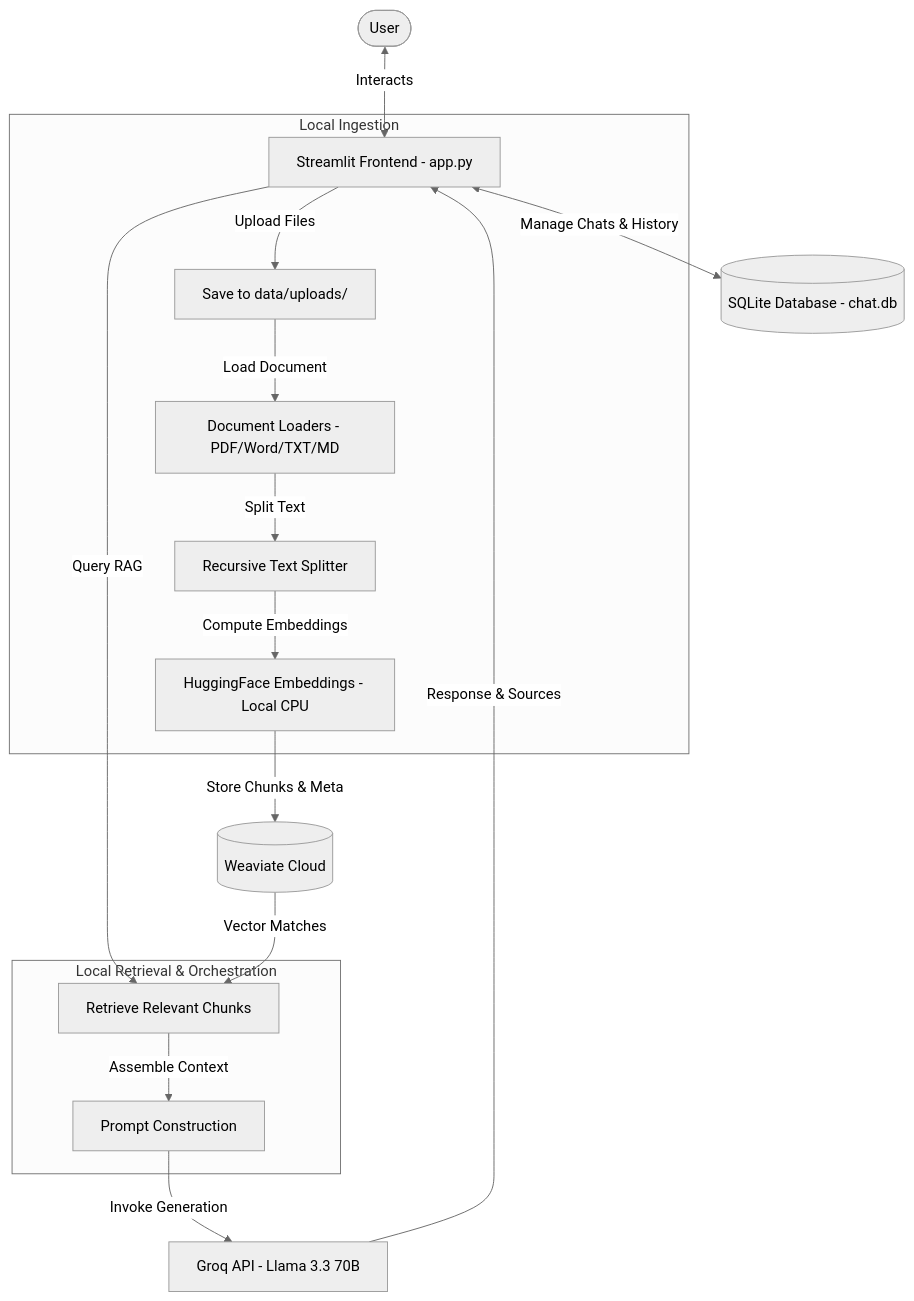
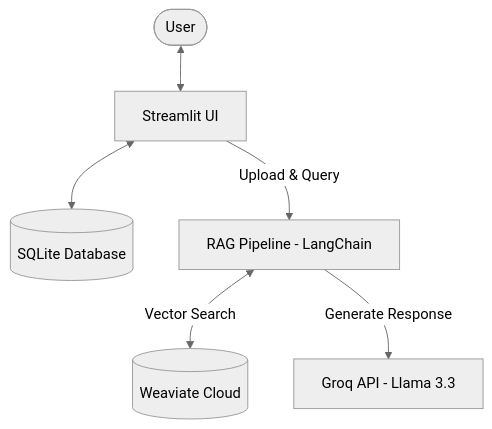
One commit to sattyaaa/ChatWithDocs changed the diagram in README.md. Above: the diagram before and after it, drawn with Mermaid (neutral theme).

Commit message:
Simplify system architecture diagram in README

````diff
--- a/README.md
+++ b/README.md
@@ -9,23 +9,8 @@
 ```mermaid
 graph TD
-    User([User]) <-->|Interacts| UI[Streamlit Frontend - app.py]
-    UI <-->|Manage Chats & History| SQLite[(SQLite Database - chat.db)]
-    
-    subgraph Local Ingestion
-        UI -->|Upload Files| Save[Save to data/uploads/]
-        Save -->|Load Document| Load[Document Loaders - PDF/Word/TXT/MD]
-        Load -->|Split Text| Split[Recursive Text Splitter]
-        Split -->|Compute Embeddings| HF[HuggingFace Embeddings - Local CPU]
-    end
-
-    subgraph Local Retrieval & Orchestration
-        UI -->|Query RAG| Retrieve[Retrieve Relevant Chunks]
-        Retrieve -->|Assemble Context| Prompt[Prompt Construction]
-    end
-
-    %% External Systems
-    HF -->|Store Chunks & Meta| Weaviate[(Weaviate Cloud)]
-    Weaviate -->|Vector Matches| Retrieve
-    Prompt -->|Invoke Generation| Groq[Groq API - Llama 3.3 70B]
-    Groq -->|Response & Sources| UI
+    User([User]) <--> UI[Streamlit UI]
+    UI <--> SQLite[(SQLite Database)]
+    UI -->|Upload & Query| RAG[RAG Pipeline - LangChain]
+    RAG <-->|Vector Search| Weaviate[(Weaviate Cloud)]
+    RAG -->|Generate Response| Groq[Groq API - Llama 3.3]
 ```
````
